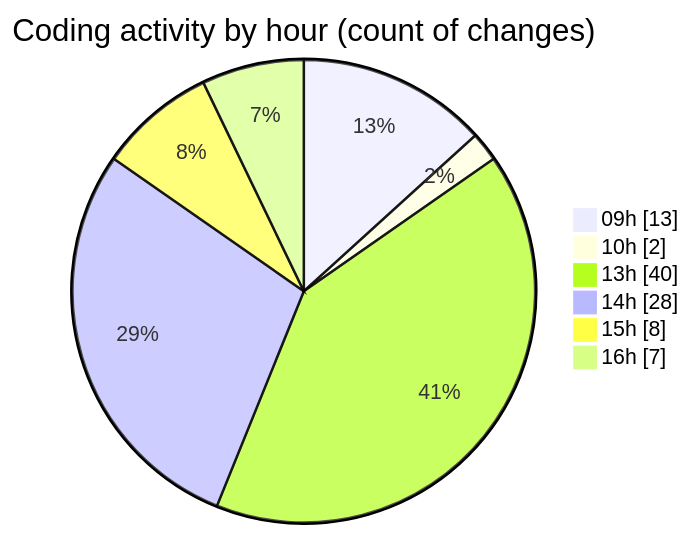
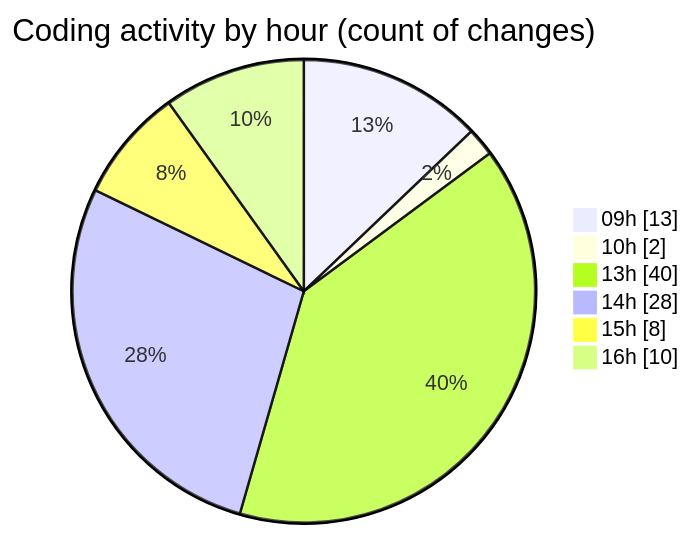
One commit to momahboobian/code-tracking changed the second of 2 diagrams in 2025-08-29/cda/README.md. Above: the diagram before and after it, drawn with Mermaid. The commit also changed other lines of this file and 1 other file, not shown here.

````diff
--- a/2025-08-29/cda/README.md
+++ b/2025-08-29/cda/README.md
@@ -46,10 +46,10 @@
 ```mermaid
 pie showData
 title Coding activity by hour (count of changes)
 "09h" : 13
 "10h" : 2
 "13h" : 40
 "14h" : 28
 "15h" : 8
-"16h" : 7
+"16h" : 10
 ```
````
